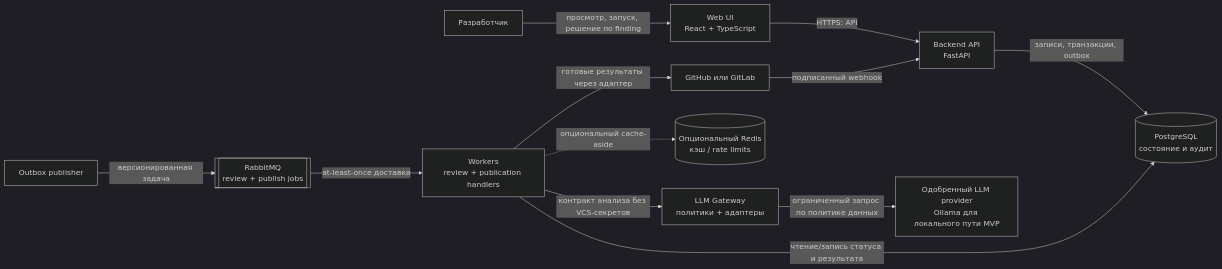
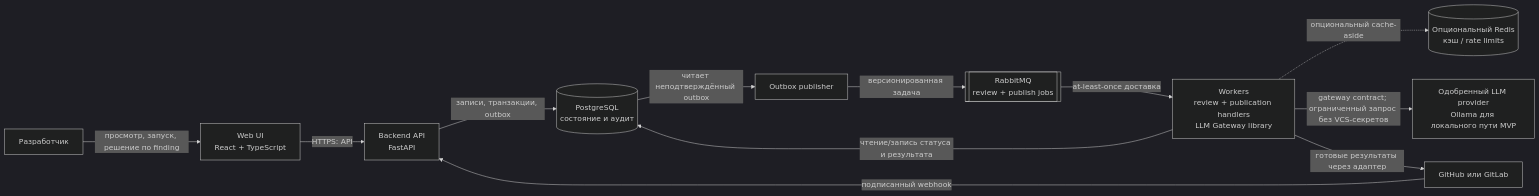
One commit to larchanka-training/dmc-268-ui-t5 changed the second of 5 diagrams in SYSTEM_DESIGN.md. Above: the diagram before and after it, drawn with Mermaid (dark theme). The commit also changed other lines of this file, not shown here.

Commit message:
Update system design document with detailed architecture and data flow diagrams

````diff
--- a/SYSTEM_DESIGN.md
+++ b/SYSTEM_DESIGN.md
@@ -22,26 +49,25 @@
 ```mermaid
 flowchart LR
     Dev[Разработчик]
     VCS[GitHub или GitLab]
-    UI[Web UI\nReact + TypeScript]
-    API[Backend API\nFastAPI]
-    DB[(PostgreSQL\nсостояние и аудит)]
+    UI[Web UI<br/>React + TypeScript]
+    API[Backend API<br/>FastAPI]
+    DB[(PostgreSQL<br/>состояние и аудит)]
     Outbox[Outbox publisher]
-    MQ[[RabbitMQ\nreview + publish jobs]]
-    Worker[Workers\nreview + publication handlers]
-    Cache[(Опциональный Redis\nкэш / rate limits)]
-    Gateway[LLM Gateway\nполитики + адаптеры]
-    LLM[Одобренный LLM provider\nOllama для локального пути MVP]
+    MQ[[RabbitMQ<br/>review + publish jobs]]
+    Worker[Workers<br/>review + publication handlers<br/>LLM Gateway library]
+    Cache[(Опциональный Redis<br/>кэш / rate limits)]
+    LLM[Одобренный LLM provider<br/>Ollama для локального пути MVP]
 
     Dev -->|просмотр, запуск, решение по finding| UI
     UI -->|HTTPS: API| API
     VCS -->|подписанный webhook| API
     API -->|записи, транзакции, outbox| DB
+    DB -->|читает неподтверждённый outbox| Outbox
     Outbox -->|версионированная задача| MQ
     MQ -->|at-least-once доставка| Worker
     Worker -->|чтение/запись статуса и результата| DB
     Worker -.->|опциональный cache-aside| Cache
-    Worker -->|контракт анализа без VCS-секретов| Gateway
-    Gateway -->|ограниченный запрос по политике данных| LLM
+    Worker -->|gateway contract; ограниченный запрос без VCS-секретов| LLM
     Worker -->|готовые результаты через адаптер| VCS
 ```
````
